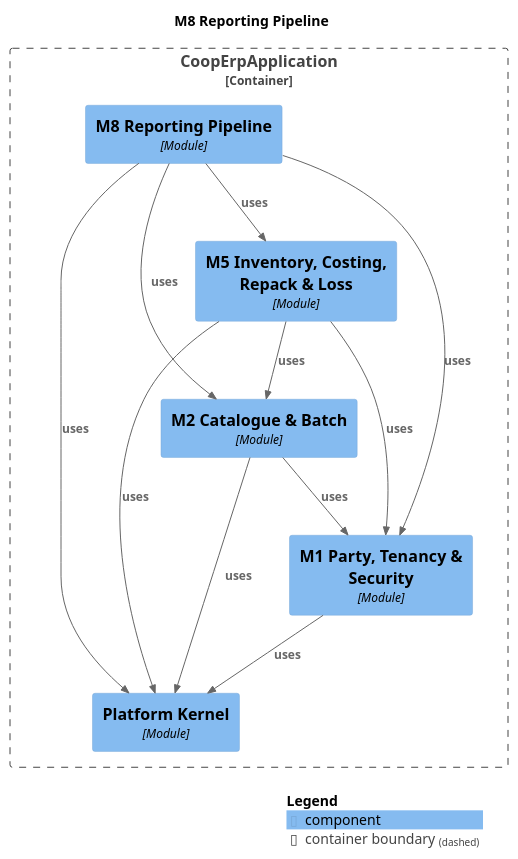
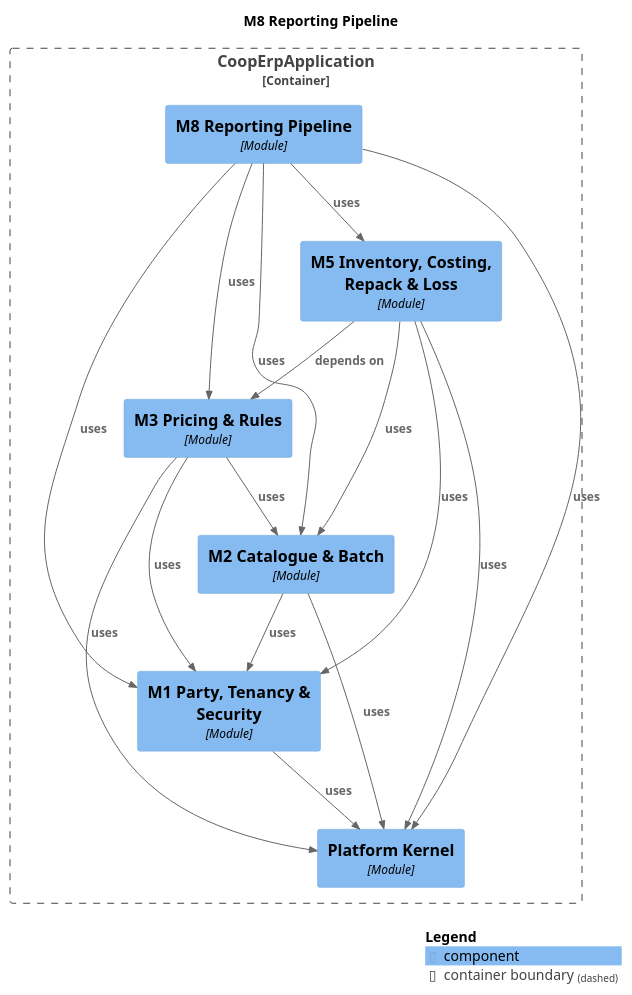
The diagram in docs/modules/module-m8reporting.puml (Knoweb/COOP_ERP), drawn with PlantUML before and after one commit. The commit also changed 22 other files, not shown here.

```diff
--- a/docs/modules/module-m8reporting.puml
+++ b/docs/modules/module-m8reporting.puml
@@ -1,31 +1,37 @@
 @startuml
 set separator none
 title M8 Reporting Pipeline
 
 top to bottom direction
 
 !include <C4/C4>
 !include <C4/C4_Context>
 !include <C4/C4_Component>
 
 Container_Boundary("CoopErpApplication.CoopErpApplication_boundary", "CoopErpApplication", $tags="") {
+  Component(CoopErpApplication.CoopErpApplication.M3PricingRules, "M3 Pricing & Rules", $techn="Module", $descr="", $tags="", $link="")
   Component(CoopErpApplication.CoopErpApplication.M5InventoryCostingRepackLoss, "M5 Inventory, Costing, Repack & Loss", $techn="Module", $descr="", $tags="", $link="")
   Component(CoopErpApplication.CoopErpApplication.M8ReportingPipeline, "M8 Reporting Pipeline", $techn="Module", $descr="", $tags="", $link="")
   Component(CoopErpApplication.CoopErpApplication.PlatformKernel, "Platform Kernel", $techn="Module", $descr="", $tags="", $link="")
   Component(CoopErpApplication.CoopErpApplication.M1PartyTenancySecurity, "M1 Party, Tenancy & Security", $techn="Module", $descr="", $tags="", $link="")
   Component(CoopErpApplication.CoopErpApplication.M2CatalogueBatch, "M2 Catalogue & Batch", $techn="Module", $descr="", $tags="", $link="")
 }
 
 Rel(CoopErpApplication.CoopErpApplication.M1PartyTenancySecurity, CoopErpApplication.CoopErpApplication.PlatformKernel, "uses", $techn="", $tags="", $link="")
 Rel(CoopErpApplication.CoopErpApplication.M2CatalogueBatch, CoopErpApplication.CoopErpApplication.M1PartyTenancySecurity, "uses", $techn="", $tags="", $link="")
 Rel(CoopErpApplication.CoopErpApplication.M2CatalogueBatch, CoopErpApplication.CoopErpApplication.PlatformKernel, "uses", $techn="", $tags="", $link="")
+Rel(CoopErpApplication.CoopErpApplication.M3PricingRules, CoopErpApplication.CoopErpApplication.M1PartyTenancySecurity, "uses", $techn="", $tags="", $link="")
+Rel(CoopErpApplication.CoopErpApplication.M3PricingRules, CoopErpApplication.CoopErpApplication.M2CatalogueBatch, "uses", $techn="", $tags="", $link="")
+Rel(CoopErpApplication.CoopErpApplication.M3PricingRules, CoopErpApplication.CoopErpApplication.PlatformKernel, "uses", $techn="", $tags="", $link="")
 Rel(CoopErpApplication.CoopErpApplication.M5InventoryCostingRepackLoss, CoopErpApplication.CoopErpApplication.M1PartyTenancySecurity, "uses", $techn="", $tags="", $link="")
 Rel(CoopErpApplication.CoopErpApplication.M5InventoryCostingRepackLoss, CoopErpApplication.CoopErpApplication.M2CatalogueBatch, "uses", $techn="", $tags="", $link="")
+Rel(CoopErpApplication.CoopErpApplication.M5InventoryCostingRepackLoss, CoopErpApplication.CoopErpApplication.M3PricingRules, "depends on", $techn="", $tags="", $link="")
 Rel(CoopErpApplication.CoopErpApplication.M5InventoryCostingRepackLoss, CoopErpApplication.CoopErpApplication.PlatformKernel, "uses", $techn="", $tags="", $link="")
 Rel(CoopErpApplication.CoopErpApplication.M8ReportingPipeline, CoopErpApplication.CoopErpApplication.M1PartyTenancySecurity, "uses", $techn="", $tags="", $link="")
 Rel(CoopErpApplication.CoopErpApplication.M8ReportingPipeline, CoopErpApplication.CoopErpApplication.M2CatalogueBatch, "uses", $techn="", $tags="", $link="")
+Rel(CoopErpApplication.CoopErpApplication.M8ReportingPipeline, CoopErpApplication.CoopErpApplication.M3PricingRules, "uses", $techn="", $tags="", $link="")
 Rel(CoopErpApplication.CoopErpApplication.M8ReportingPipeline, CoopErpApplication.CoopErpApplication.M5InventoryCostingRepackLoss, "uses", $techn="", $tags="", $link="")
 Rel(CoopErpApplication.CoopErpApplication.M8ReportingPipeline, CoopErpApplication.CoopErpApplication.PlatformKernel, "uses", $techn="", $tags="", $link="")
 
 SHOW_LEGEND(true)
 @enduml
```
